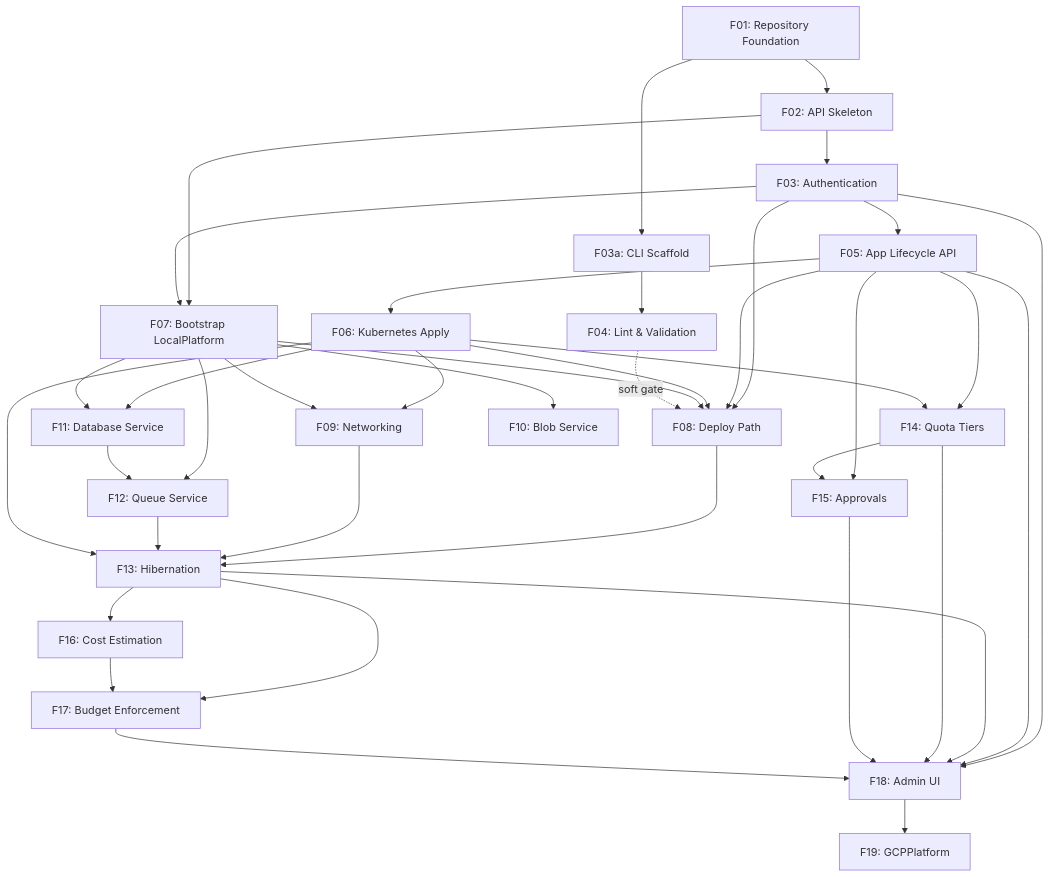
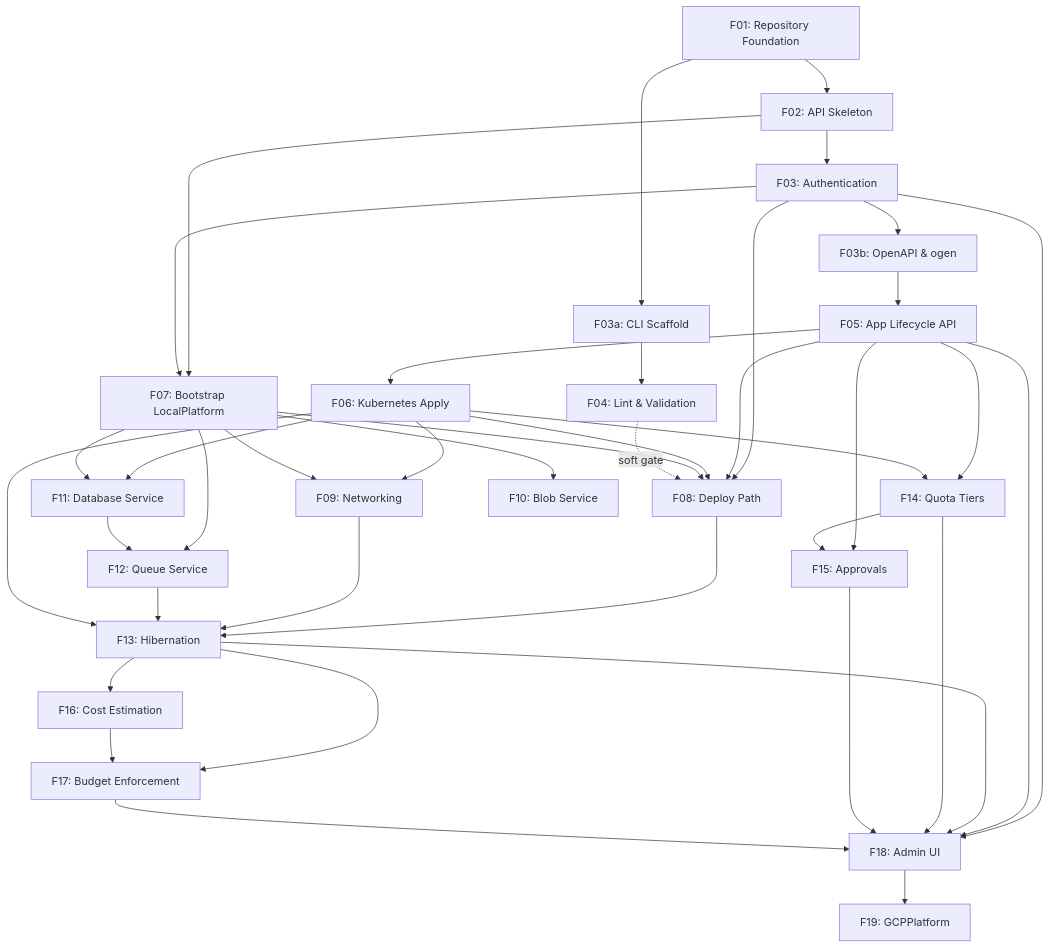
Before and after one commit to ifeanyiecheruo/morsel: the diagram in docs/plans/implementation/README.md, drawn with Mermaid. The commit also changed other lines of this file and 82 other files, not shown here.

Commit message:
add open-api support

````diff
--- a/docs/plans/implementation/README.md
+++ b/docs/plans/implementation/README.md
@@ -62,53 +64,55 @@
 ```mermaid
 graph TD
     F01[F01: Repository Foundation] --> F02[F02: API Skeleton]
     F01 --> F03a[F03a: CLI Scaffold]
     F03a --> F04[F04: Lint & Validation]
 
     F02 --> F03[F03: Authentication]
     F02 --> F07[F07: Bootstrap LocalPlatform]
 
-    F03 --> F05[F05: App Lifecycle API]
+    F03 --> F03b[F03b: OpenAPI & ogen]
     F03 --> F07
     F03 --> F08[F08: Deploy Path]
+
+    F03b --> F05[F05: App Lifecycle API]
 
     F05 --> F06[F06: Kubernetes Apply]
     F05 --> F08
     F05 --> F14[F14: Quota Tiers]
     F05 --> F15[F15: Approvals]
 
     F06 --> F08
     F06 --> F09[F09: Networking]
     F06 --> F11[F11: Database Service]
     F06 --> F14
 
     F07 --> F08
     F07 --> F09
     F07 --> F10[F10: Blob Service]
     F07 --> F11
     F07 --> F12[F12: Queue Service]
 
     F11 --> F12
 
     F14 --> F15
 
     F08 --> F13[F13: Hibernation]
     F09 --> F13
     F12 --> F13
     F06 --> F13
 
     F13 --> F16[F16: Cost Estimation]
     F13 --> F17[F17: Budget Enforcement]
     F16 --> F17
 
     F03 --> F18[F18: Admin UI]
     F05 --> F18
     F13 --> F18
     F14 --> F18
     F15 --> F18
     F17 --> F18
 
     F18 --> F19[F19: GCPPlatform]
 
     F04 -.->|soft gate| F08
 ```
````
